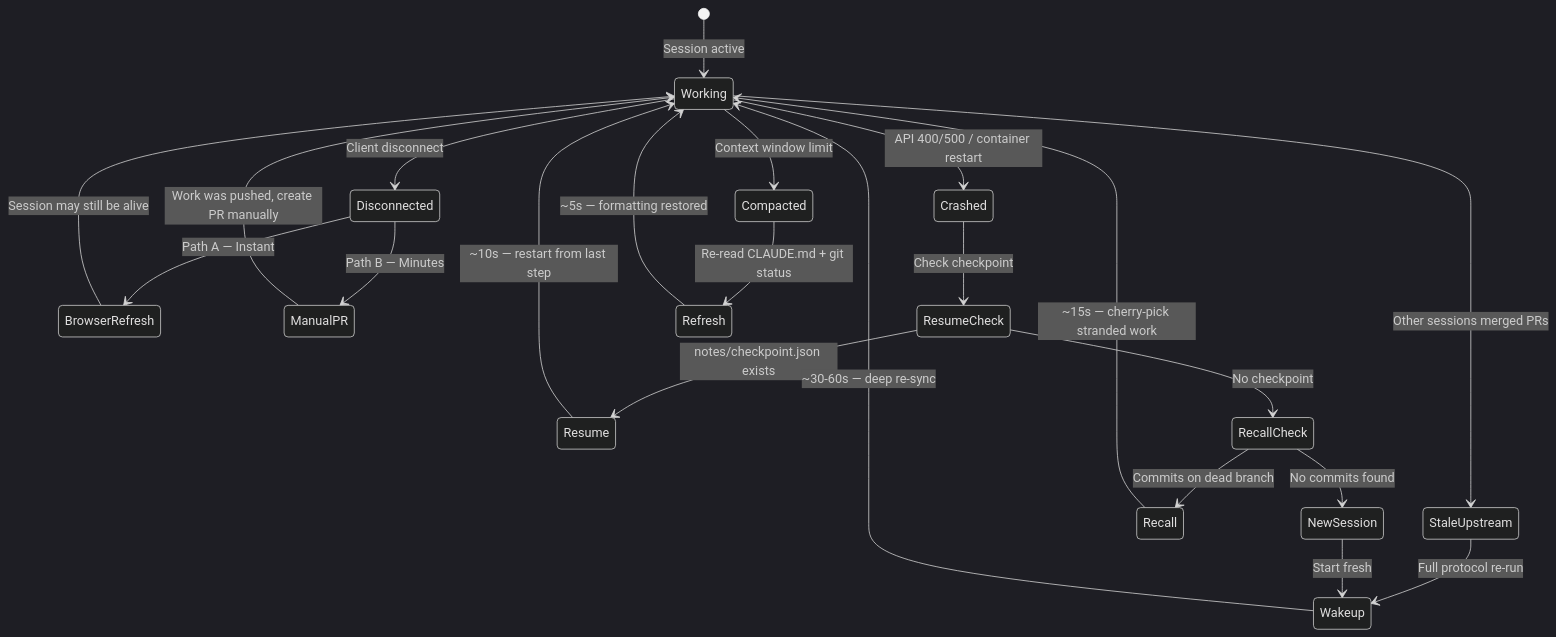
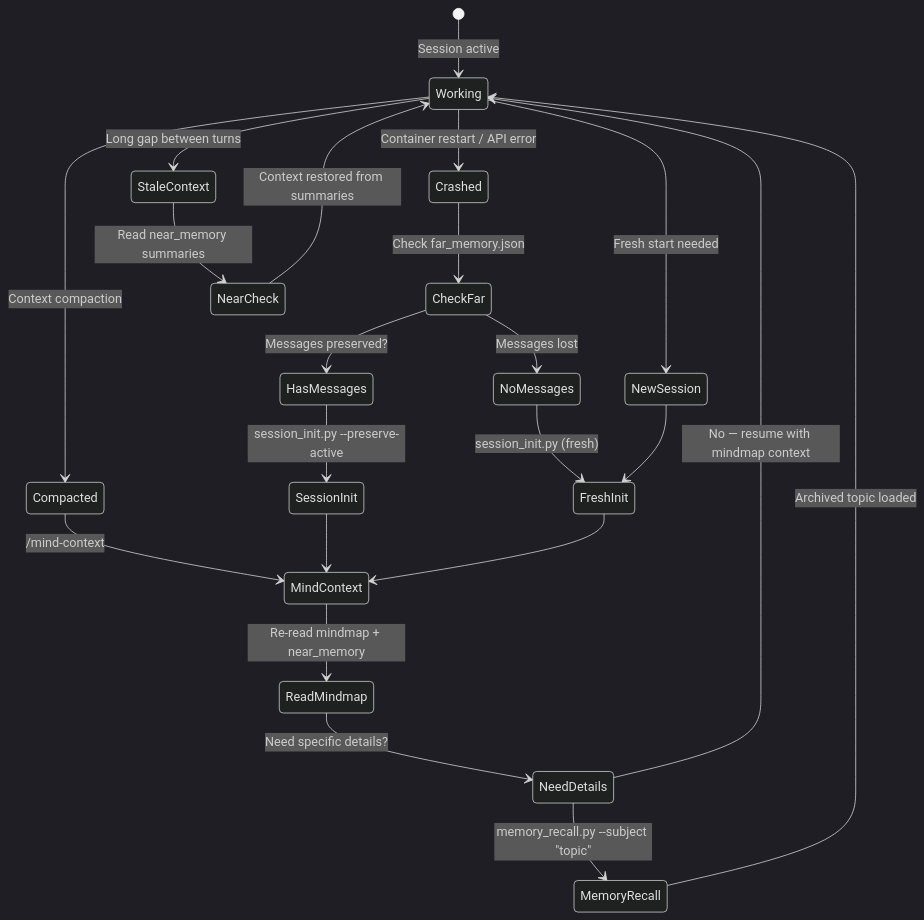
One commit to packetqc/K_DOCS changed the tenth of 14 diagrams in docs/fr/publications/architecture-diagrams/full/index.md. Above: the diagram before and after it, drawn with Mermaid (dark theme). The commit also changed other lines of this file and 4 other files, not shown here.

First line of the commit message:
feat: rewrite all 14 architecture diagrams for Knowledge 2.0

````diff
--- a/docs/fr/publications/architecture-diagrams/full/index.md
+++ b/docs/fr/publications/architecture-diagrams/full/index.md
@@ -596,32 +644,29 @@
 ```mermaid
 stateDiagram-v2
     [*] --> Working: Session active
 
-    Working --> Disconnected: Client disconnect
-    Working --> Compacted: Context window limit
-    Working --> Crashed: API 400/500 / container restart
-    Working --> StaleUpstream: Other sessions merged PRs
+    Working --> Compacted: Context compaction
+    Working --> Crashed: Container restart / API error
+    Working --> StaleContext: Long gap between turns
+    Working --> NewSession: Fresh start needed
 
-    Disconnected --> BrowserRefresh: Path A — Instant
-    BrowserRefresh --> Working: Session may still be alive
+    Compacted --> MindContext: /mind-context
+    MindContext --> ReadMindmap: Re-read mindmap + near_memory
+    ReadMindmap --> NeedDetails: Need specific details?
+    NeedDetails --> MemoryRecall: memory_recall.py --subject "topic"
+    NeedDetails --> Working: No — resume with mindmap context
+    MemoryRecall --> Working: Archived topic loaded
 
-    Disconnected --> ManualPR: Path B — Minutes
-    ManualPR --> Working: Work was pushed, create PR manually
+    Crashed --> CheckFar: Check far_memory.json
+    CheckFar --> HasMessages: Messages preserved?
+    HasMessages --> SessionInit: session_init.py --preserve-active
+    CheckFar --> NoMessages: Messages lost
+    NoMessages --> FreshInit: session_init.py (fresh)
+    SessionInit --> MindContext
+    FreshInit --> MindContext
 
-    Crashed --> ResumeCheck: Check checkpoint
-    ResumeCheck --> Resume: notes/checkpoint.json exists
-    ResumeCheck --> RecallCheck: No checkpoint
-    Resume --> Working: ~10s — restart from last step
+    StaleContext --> NearCheck: Read near_memory summaries
+    NearCheck --> Working: Context restored from summaries
 
-    RecallCheck --> Recall: Commits on dead branch
-    RecallCheck --> NewSession: No commits found
-    Recall --> Working: ~15s — cherry-pick stranded work
-
-    Compacted --> Refresh: Re-read CLAUDE.md + git status
-    Refresh --> Working: ~5s — formatting restored
-
-    StaleUpstream --> Wakeup: Full protocol re-run
-    Wakeup --> Working: ~30-60s — deep re-sync
-
-    NewSession --> Wakeup: Start fresh
+    NewSession --> FreshInit
 ```
````
